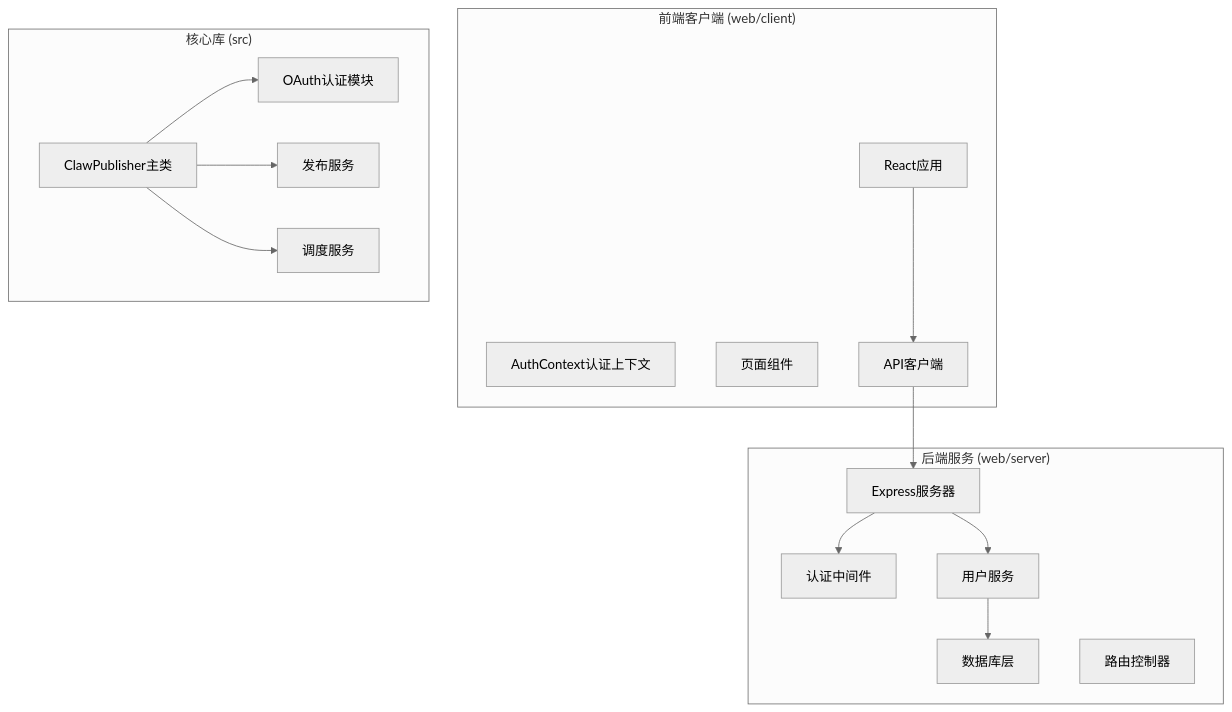
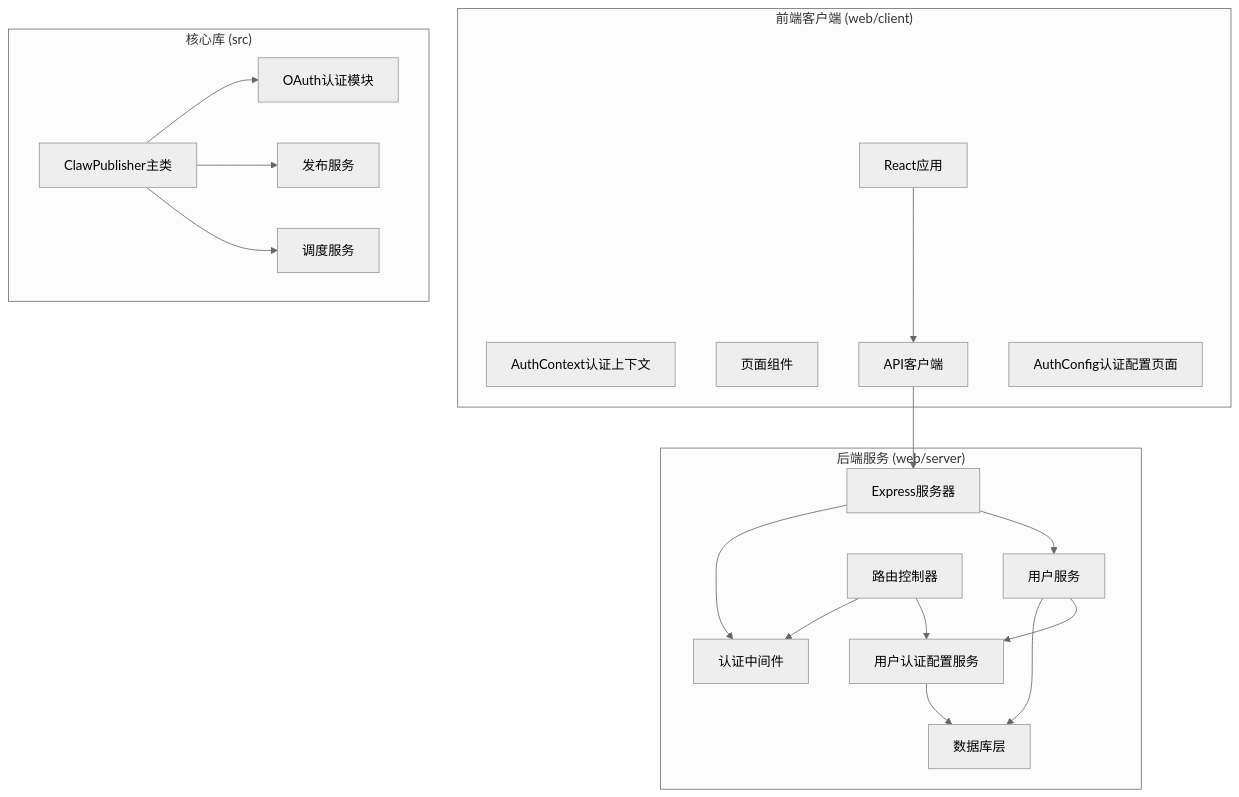
Before and after one commit to songdiyang/clawOperations: the first of 11 diagrams in .qoder/repowiki/zh/content/核心模块详解/认证模块/JWT用户认证系统.md, drawn with Mermaid (neutral theme). The commit also changed other lines of this file and 52 other files, not shown here.

````diff
--- a/.qoder/repowiki/zh/content/核心模块详解/认证模块/JWT用户认证系统.md
+++ b/.qoder/repowiki/zh/content/核心模块详解/认证模块/JWT用户认证系统.md
@@ -43,30 +46,36 @@
 ```mermaid
 graph TB
 subgraph "前端客户端 (web/client)"
 A[React应用]
 B[AuthContext认证上下文]
 C[页面组件]
 D[API客户端]
+E[AuthConfig认证配置页面]
 end
 subgraph "后端服务 (web/server)"
-E[Express服务器]
-F[认证中间件]
-G[用户服务]
-H[数据库层]
-I[路由控制器]
+F[Express服务器]
+G[认证中间件]
+H[用户服务]
+I[数据库层]
+J[路由控制器]
+K[用户认证配置服务]
 end
 subgraph "核心库 (src)"
-J[ClawPublisher主类]
-K[OAuth认证模块]
-L[发布服务]
-M[调度服务]
+L[ClawPublisher主类]
+M[OAuth认证模块]
+N[发布服务]
+O[调度服务]
 end
 A --> D
-D --> E
-E --> F
-E --> G
-G --> H
+D --> F
+F --> G
+F --> H
+H --> I
+H --> K
+K --> I
+J --> G
 J --> K
-J --> L
-J --> M
+L --> M
+L --> N
+L --> O
 ```
````
